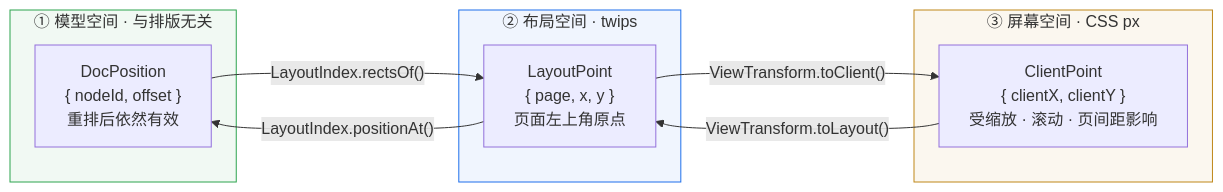
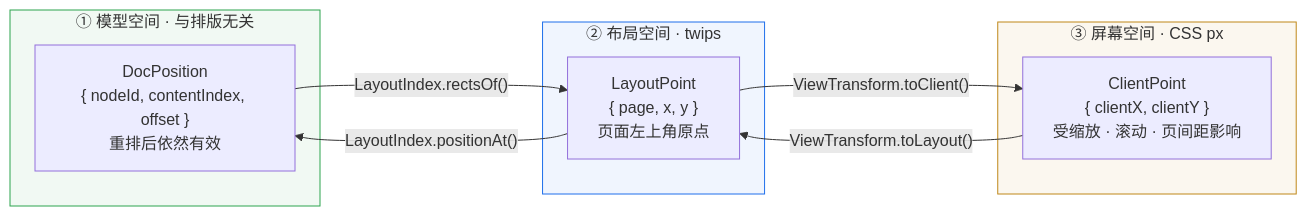
The third of 7 diagrams in docs/architecture.md (shedan9/ultimate-word-js), drawn with Mermaid before and after one commit. The commit also changed other lines of this file and 31 other files, not shown here.

First line of the commit message:
feat(view,render-dom,playground): Phase 6 的屏幕坐标一跳 —— @uw/view 只读视图、虚拟化与原生文字层

````diff
--- a/docs/architecture.md
+++ b/docs/architecture.md
@@ -220,21 +221,21 @@
 ```mermaid
 flowchart LR
   subgraph m ["① 模型空间 · 与排版无关"]
-    P["DocPosition<br/>{ nodeId, offset }<br/>重排后依然有效"]
+    P["DocPosition<br/>{ nodeId, contentIndex, offset }<br/>重排后依然有效"]
   end
   subgraph l ["② 布局空间 · twips"]
     L["LayoutPoint<br/>{ page, x, y }<br/>页面左上角原点"]
   end
   subgraph s ["③ 屏幕空间 · CSS px"]
     S["ClientPoint<br/>{ clientX, clientY }<br/>受缩放 · 滚动 · 页间距影响"]
   end
 
   P -->|"LayoutIndex.rectsOf()"| L
   L -->|"LayoutIndex.positionAt()"| P
   L -->|"ViewTransform.toClient()"| S
   S -->|"ViewTransform.toLayout()"| L
 
   style m fill:#2da44e11,stroke:#2da44e
   style l fill:#1f6feb11,stroke:#1f6feb
   style s fill:#bf871911,stroke:#bf8719
 ```
````
